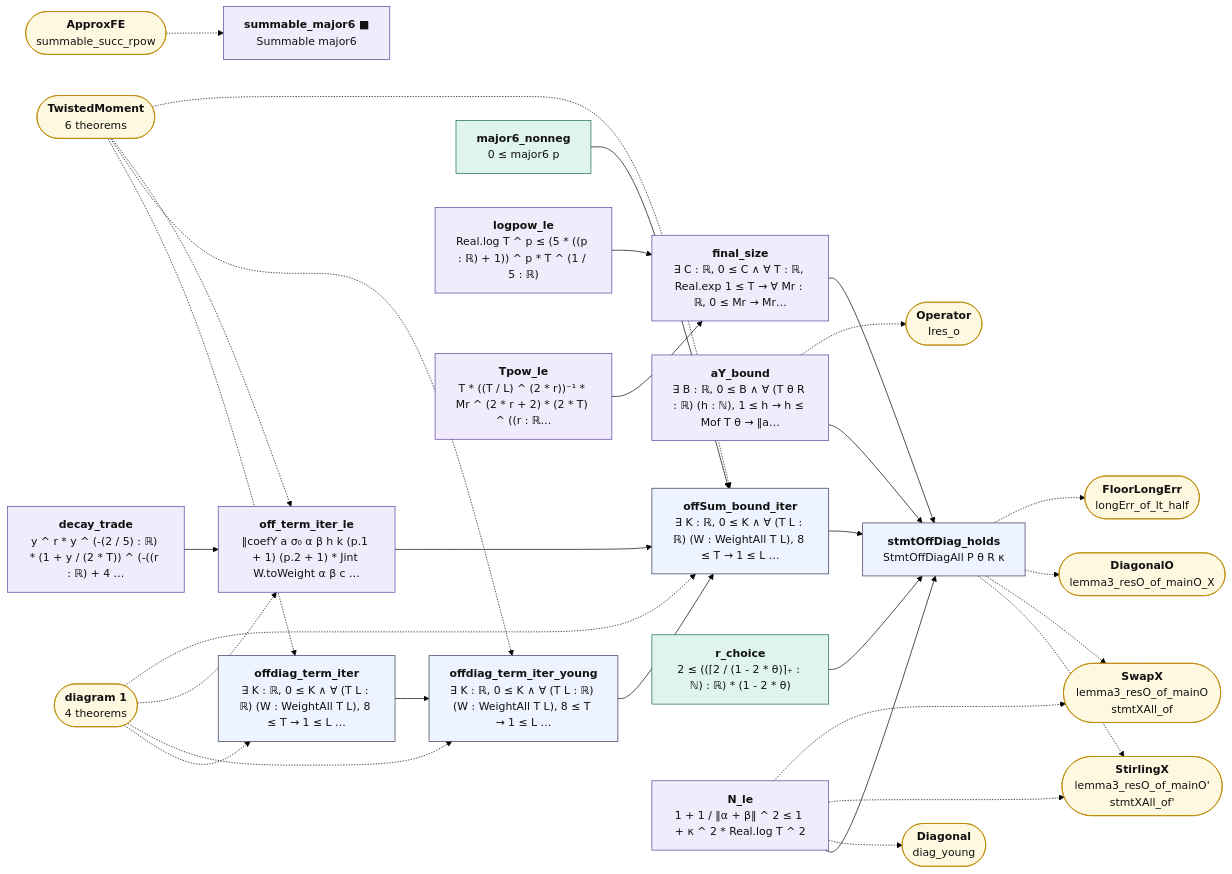
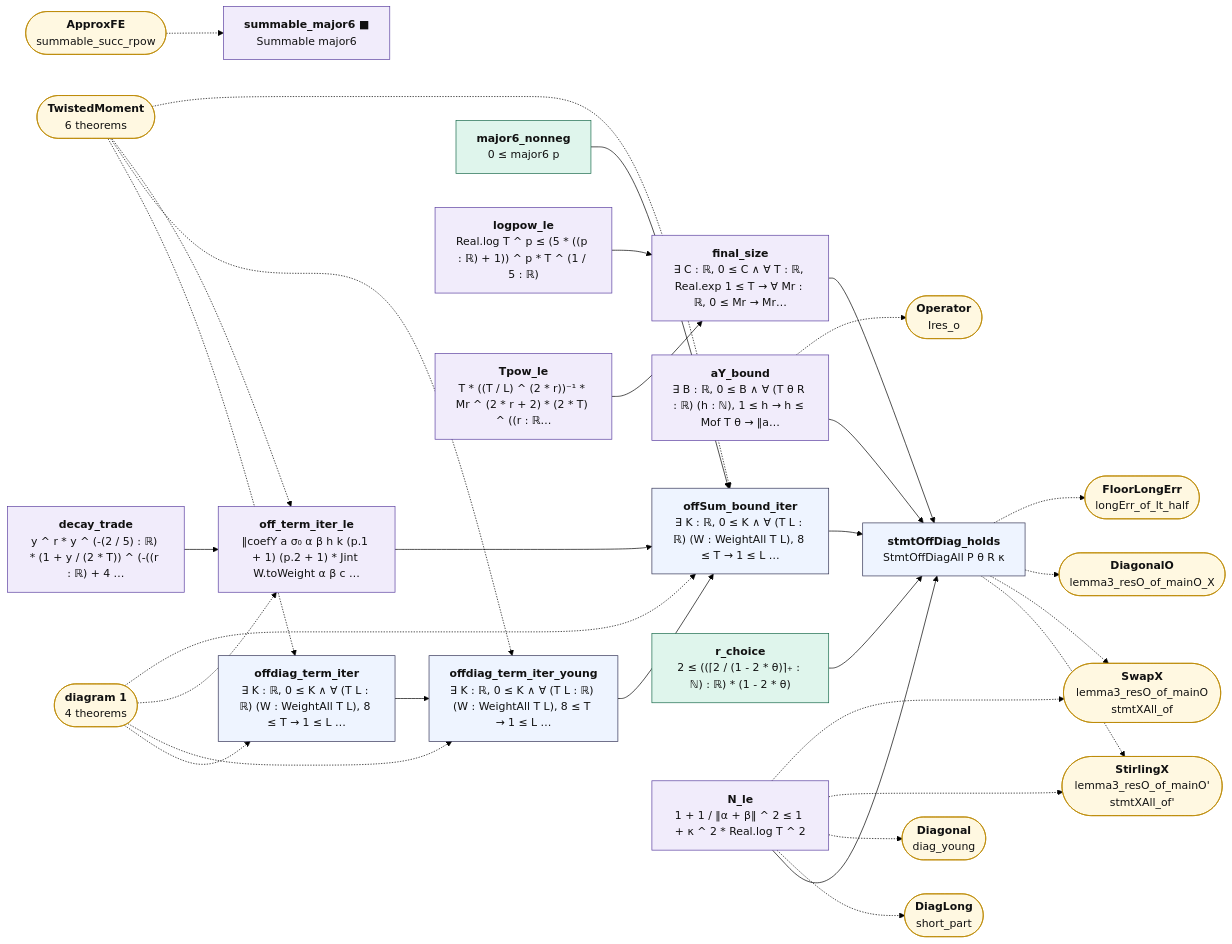
Before and after one commit to juliansambranojr/Primebeat_081426: the second of 2 diagrams in map/lean_stage3/OffDiagClose.md, drawn with Mermaid (forest theme). The commit also changed other lines of this file and 25 other files, not shown here.

````diff
--- a/map/lean_stage3/OffDiagClose.md
+++ b/map/lean_stage3/OffDiagClose.md
@@ -107,63 +107,65 @@
 ```mermaid
 flowchart LR
   n0["<b>offdiag_term_iter</b><br/>∃ K : ℝ, 0 ≤ K ∧ ∀ (T L : ℝ) (W : WeightAll T L), 8 ≤ T → 1 ≤ L …"]:::thm
   n1["<b>offdiag_term_iter_young</b><br/>∃ K : ℝ, 0 ≤ K ∧ ∀ (T L : ℝ) (W : WeightAll T L), 8 ≤ T → 1 ≤ L …"]:::thm
   n2["<b>major6_nonneg</b><br/>0 ≤ major6 p"]:::cnt
   n3["<b>summable_major6 ■</b><br/>Summable major6"]:::shp
   n4["<b>decay_trade</b><br/>y ^ r * y ^ (-(2 / 5) : ℝ) * (1 + y / (2 * T)) ^ (-((r : ℝ) + 4 …"]:::shp
   n5["<b>off_term_iter_le</b><br/>‖coefY a σ₀ α β h k (p.1 + 1) (p.2 + 1) * Jint W.toWeight α β c …"]:::shp
   n6["<b>offSum_bound_iter</b><br/>∃ K : ℝ, 0 ≤ K ∧ ∀ (T L : ℝ) (W : WeightAll T L), 8 ≤ T → 1 ≤ L …"]:::thm
   n7["<b>aY_bound</b><br/>∃ B : ℝ, 0 ≤ B ∧ ∀ (T θ R : ℝ) (h : ℕ), 1 ≤ h → h ≤ Mof T θ → ‖a…"]:::shp
   n8["<b>logpow_le</b><br/>Real.log T ^ p ≤ (5 * ((p : ℝ) + 1)) ^ p * T ^ (1 / 5 : ℝ)"]:::shp
   n9["<b>Tpow_le</b><br/>T * ((T / L) ^ (2 * r))⁻¹ * Mr ^ (2 * r + 2) * (2 * T) ^ ((r : ℝ…"]:::shp
   n10["<b>final_size</b><br/>∃ C : ℝ, 0 ≤ C ∧ ∀ T : ℝ, Real.exp 1 ≤ T → ∀ Mr : ℝ, 0 ≤ Mr → Mr…"]:::shp
   n11["<b>r_choice</b><br/>2 ≤ ((⌈2 / (1 - 2 * θ)⌉₊ : ℕ) : ℝ) * (1 - 2 * θ)"]:::cnt
   n12["<b>N_le</b><br/>1 + 1 / ‖α + β‖ ^ 2 ≤ 1 + κ ^ 2 * Real.log T ^ 2"]:::shp
   n13["<b>stmtOffDiag_holds</b><br/>StmtOffDiagAll P θ R κ"]:::thm
   x0(["<b>diagram 1</b><br/>4 theorems"]):::ext
   x1(["<b>TwistedMoment</b><br/>6 theorems"]):::ext
   x2(["<b>ApproxFE</b><br/>summable_succ_rpow"]):::ext
   x3(["<b>Operator</b><br/>Ires_o"]):::ext
-  x4(["<b>Diagonal</b><br/>diag_young"]):::ext
-  x5(["<b>StirlingX</b><br/>lemma3_resO_of_mainO'<br/>stmtXAll_of'"]):::ext
-  x6(["<b>SwapX</b><br/>lemma3_resO_of_mainO<br/>stmtXAll_of"]):::ext
-  x7(["<b>DiagonalO</b><br/>lemma3_resO_of_mainO_X"]):::ext
-  x8(["<b>FloorLongErr</b><br/>longErr_of_lt_half"]):::ext
+  x4(["<b>DiagLong</b><br/>short_part"]):::ext
+  x5(["<b>Diagonal</b><br/>diag_young"]):::ext
+  x6(["<b>StirlingX</b><br/>lemma3_resO_of_mainO'<br/>stmtXAll_of'"]):::ext
+  x7(["<b>SwapX</b><br/>lemma3_resO_of_mainO<br/>stmtXAll_of"]):::ext
+  x8(["<b>DiagonalO</b><br/>lemma3_resO_of_mainO_X"]):::ext
+  x9(["<b>FloorLongErr</b><br/>longErr_of_lt_half"]):::ext
   n0 --> n1
   n1 --> n6
   n10 --> n13
   n11 --> n13
   n12 --> n13
   n2 --> n6
   n4 --> n5
   n5 --> n6
   n6 --> n13
   n7 --> n13
   n8 --> n10
   n9 --> n10
   n12 -.-> x4
   n12 -.-> x5
   n12 -.-> x6
-  n13 -.-> x5
+  n12 -.-> x7
   n13 -.-> x6
   n13 -.-> x7
   n13 -.-> x8
+  n13 -.-> x9
   n7 -.-> x3
   x0 -.-> n0
   x0 -.-> n1
   x0 -.-> n5
   x0 -.-> n6
   x1 -.-> n0
   x1 -.-> n1
   x1 -.-> n5
   x1 -.-> n6
   x2 -.-> n3
   classDef cnt fill:#dff5ec,stroke:#17694a,color:#111
   classDef shp fill:#f1ecfb,stroke:#5b3fa0,color:#111
   classDef rh fill:#ffe5e5,stroke:#c22,color:#111,stroke-width:2px
   classDef thm fill:#eef4ff,stroke:#335,color:#111
   classDef end_ fill:#e7f7e7,stroke:#2a7,color:#111,stroke-width:2px
   classDef lone fill:#fff,stroke:#999,color:#111,stroke-dasharray:4 3
   classDef bad fill:#ffe5e5,stroke:#c22,color:#111,stroke-width:2px
   classDef ext fill:#fff8e1,stroke:#b80,color:#111
 ```
````
